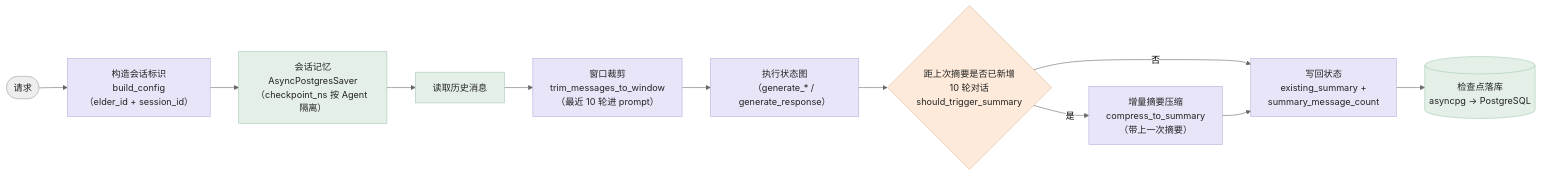
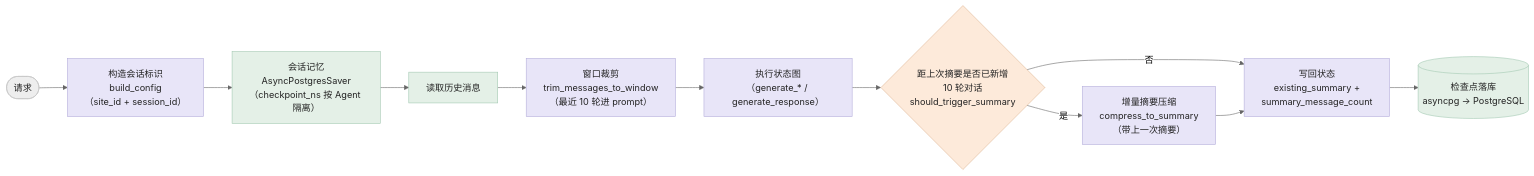
Before and after one commit to sysyan321-alt/fieldops-agent: diagram 11 of 13 in 文档/架构流程图.md, drawn with Mermaid (neutral theme). The commit also changed other lines of this file and 4 other files, not shown here.

First line of the commit message:
feat: 阶段⑤(2/2) 四份文档场景化与 MCP schema 重生成

````diff
--- a/文档/架构流程图.md
+++ b/文档/架构流程图.md
@@ -472,22 +472,22 @@
 ```mermaid
 flowchart LR
-    REQ(["请求"]) --> CFG["构造会话标识<br/>build_config<br/>（elder_id + session_id）"]
+    REQ(["请求"]) --> CFG["构造会话标识<br/>build_config<br/>（site_id + session_id）"]
     CFG --> MS["会话记忆<br/>AsyncPostgresSaver<br/>（checkpoint_ns 按 Agent 隔离）"]
     MS --> HIST["读取历史消息"]
     HIST --> TRIM["窗口裁剪<br/>trim_messages_to_window<br/>（最近 10 轮进 prompt）"]
     TRIM --> RUN["执行状态图<br/>（generate_* / generate_response）"]
     RUN --> Q1{"距上次摘要是否已新增<br/>10 轮对话<br/>should_trigger_summary"}
     Q1 -->|"是"| SUM["增量摘要压缩<br/>compress_to_summary<br/>（带上一次摘要）"]
     Q1 -->|"否"| SAVE
     SUM --> SAVE["写回状态<br/>existing_summary +<br/>summary_message_count"]
     SAVE --> CP[("检查点落库<br/>asyncpg → PostgreSQL")]
 
     classDef proc fill:#e8e5f8,stroke:#b4adda,color:#232323
     classDef decision fill:#fdeada,stroke:#e0b795,color:#232323
     classDef store fill:#e4f0e7,stroke:#a2c8b1,color:#232323
     classDef term fill:#eeeeee,stroke:#c4c4c4,color:#232323
     class CFG,TRIM,SUM,RUN,SAVE proc
     class Q1 decision
     class MS,HIST,CP store
     class REQ term
 ```
````
